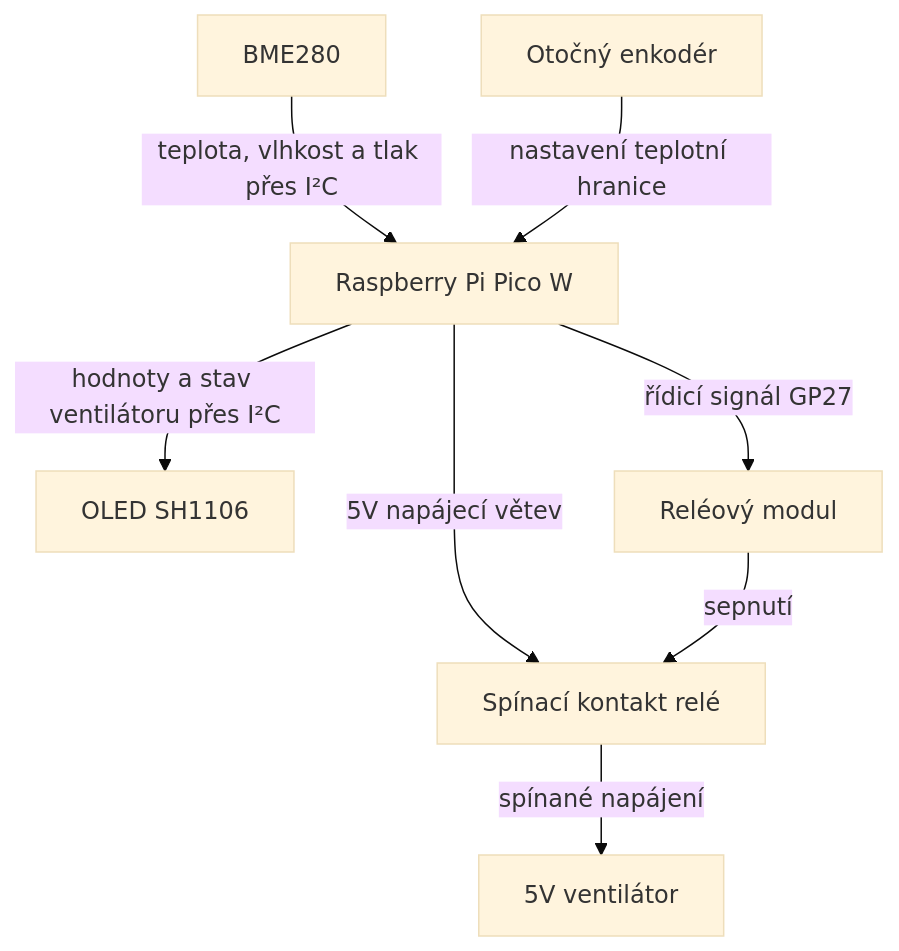
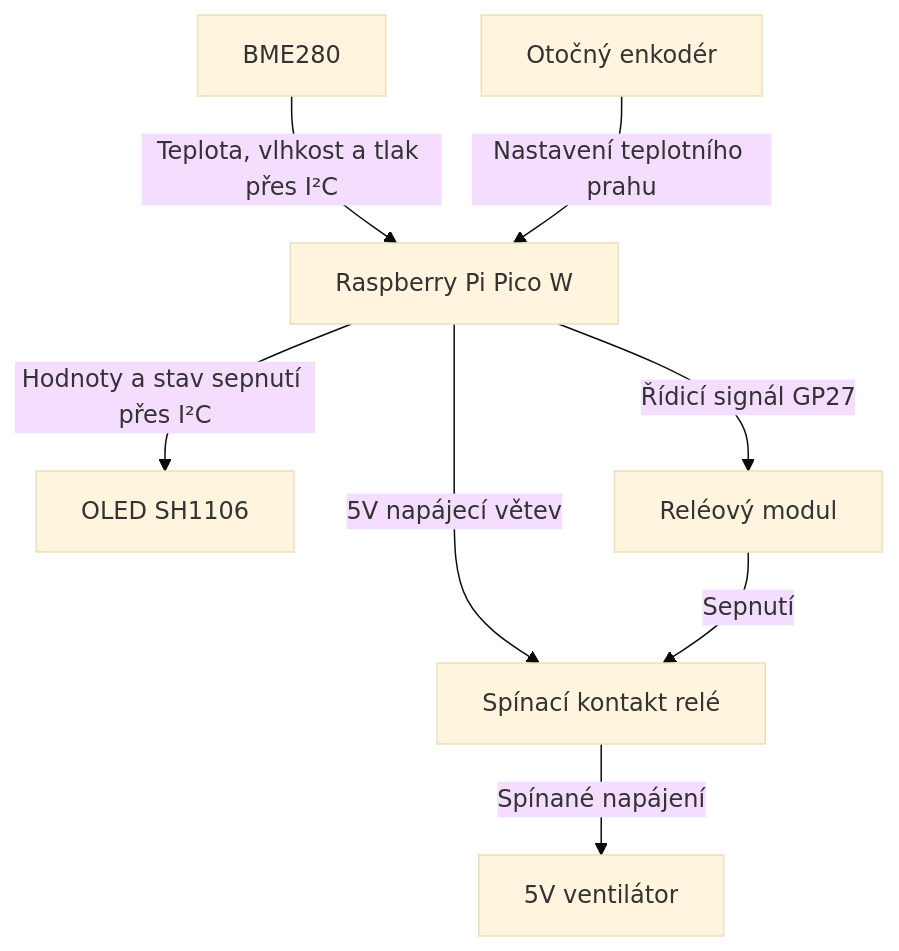
One commit to matyskovo-Git/smart-greenhouse-project changed the diagram in README.md. Above: the diagram before and after it, drawn with Mermaid (base theme). The commit also changed other lines of this file, not shown here.

````diff
--- a/README.md
+++ b/README.md
@@ -33,10 +52,10 @@
 ```mermaid
 flowchart TD
-    BME["BME280"] -->|"teplota, vlhkost a tlak přes I²C"| PICO["Raspberry Pi Pico W"]
-    ENCODER["Otočný enkodér"] -->|"nastavení teplotní hranice"| PICO
-    PICO -->|"hodnoty a stav ventilátoru přes I²C"| OLED["OLED SH1106"]
-    PICO -->|"řídicí signál GP27"| RELAY["Reléový modul"]
+    BME["BME280"] -->|"Teplota, vlhkost a tlak přes I²C"| PICO["Raspberry Pi Pico W"]
+    ENCODER["Otočný enkodér"] -->|"Nastavení teplotního prahu"| PICO
+    PICO -->|"Hodnoty a stav sepnutí přes I²C"| OLED["OLED SH1106"]
+    PICO -->|"Řídicí signál GP27"| RELAY["Reléový modul"]
     PICO -->|"5V napájecí větev"| CONTACT["Spínací kontakt relé"]
-    RELAY -->|"sepnutí"| CONTACT
-    CONTACT -->|"spínané napájení"| FAN["5V ventilátor"]
+    RELAY -->|"Sepnutí"| CONTACT
+    CONTACT -->|"Spínané napájení"| FAN["5V ventilátor"]
 ```
````
